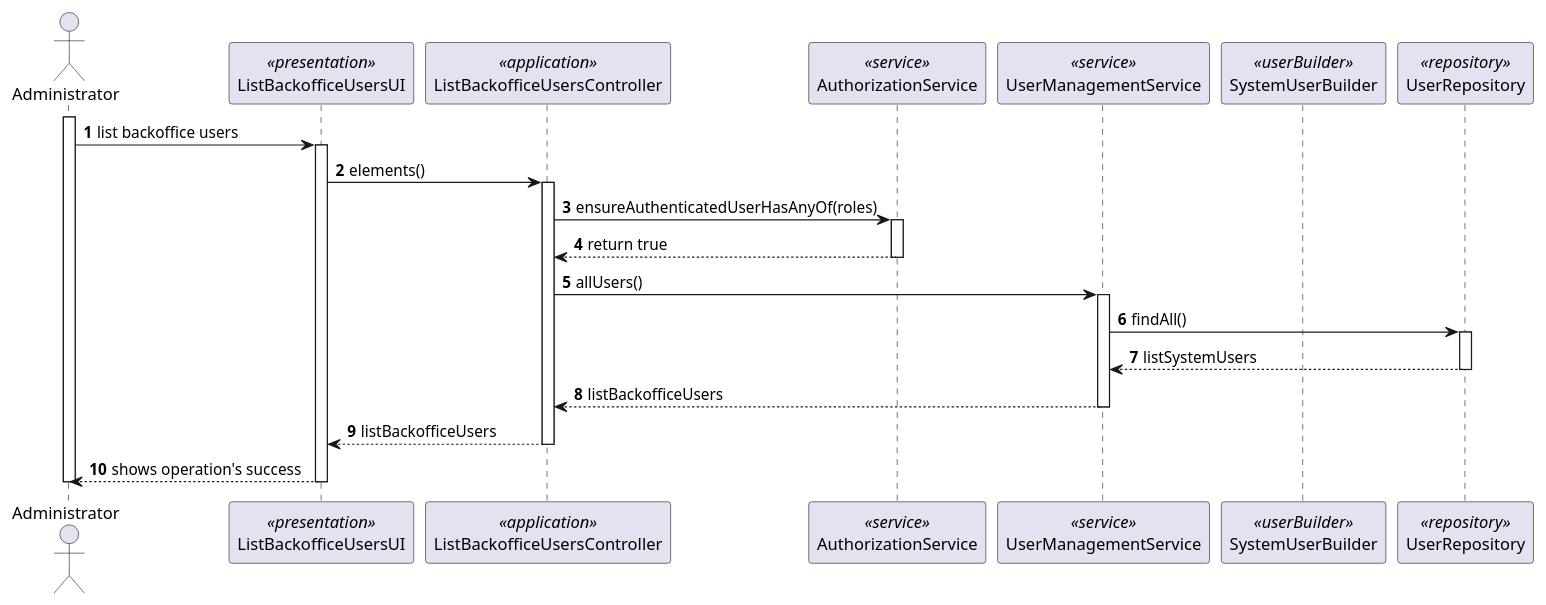
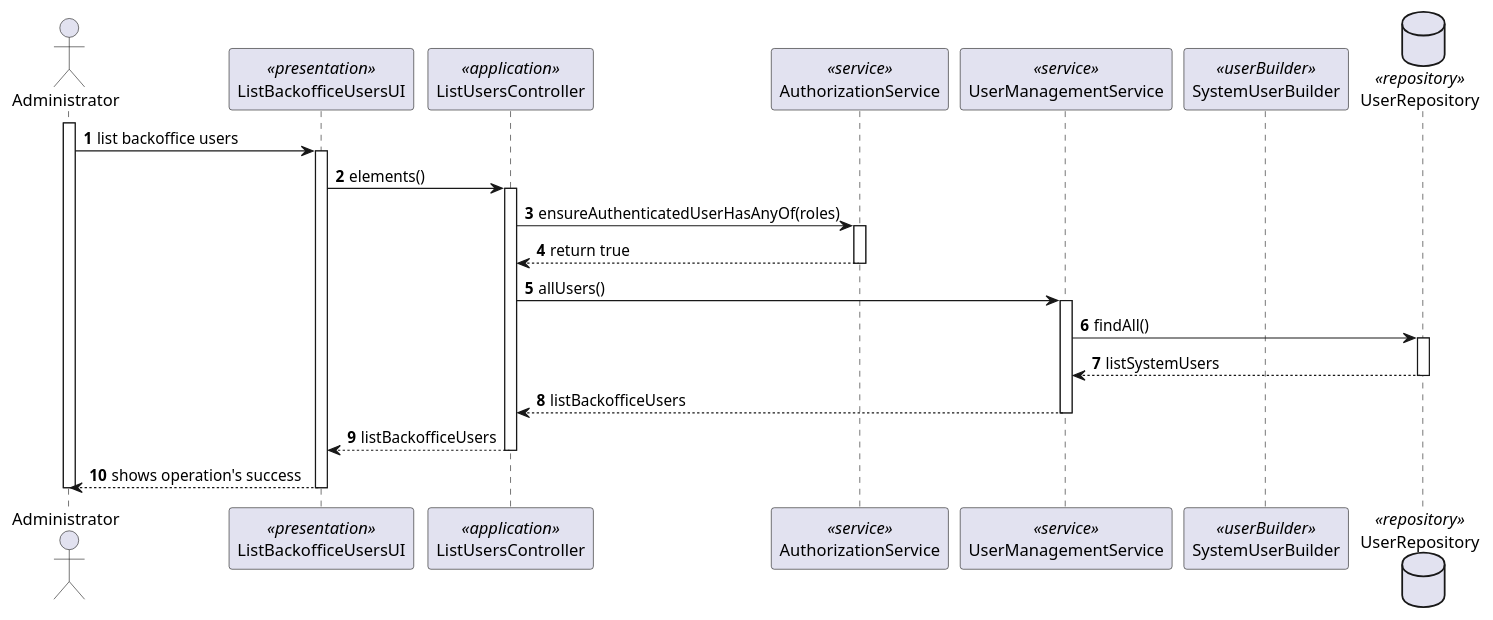
One commit to MiguelCardoso77/LAPR4 changed the diagram in docs/SprintB/1000/1000-sequence-diagram-listBackOfficeUser.puml. Above: the diagram before and after it, drawn with PlantUML. The commit also changed 3 other files, not shown here.

Commit message:
#8 sequence diagram overview

```diff
--- a/docs/SprintB/1000/1000-sequence-diagram-listBackOfficeUser.puml
+++ b/docs/SprintB/1000/1000-sequence-diagram-listBackOfficeUser.puml
@@ -1,59 +1,59 @@
 @startuml
 autonumber
 
 
 actor Administrator
 
 participant ListBackofficeUsersUI <<presentation>>
-participant ListBackofficeUsersController<<application>>
+participant ListUsersController <<application>>
 participant AuthorizationService <<service>>
 participant UserManagementService <<service>>
 participant SystemUserBuilder <<userBuilder>>
-participant UserRepository <<repository>>
+database UserRepository <<repository>>
 
 
 activate Administrator
 
     Administrator -> ListBackofficeUsersUI: list backoffice users
 
         activate ListBackofficeUsersUI
 
-    ListBackofficeUsersUI -> ListBackofficeUsersController: elements()
+    ListBackofficeUsersUI -> ListUsersController: elements()
 
-        activate ListBackofficeUsersController
+        activate ListUsersController
 
-    ListBackofficeUsersController -> AuthorizationService: ensureAuthenticatedUserHasAnyOf(roles)
+    ListUsersController -> AuthorizationService: ensureAuthenticatedUserHasAnyOf(roles)
 
         activate AuthorizationService
 
-    AuthorizationService --> ListBackofficeUsersController: return true
+    AuthorizationService --> ListUsersController: return true
 
         deactivate AuthorizationService
 
-    ListBackofficeUsersController -> UserManagementService: allUsers()
+    ListUsersController -> UserManagementService: allUsers()
 
         activate UserManagementService
 
     UserManagementService -> UserRepository: findAll()
 
         activate UserRepository
 
     UserRepository --> UserManagementService: listSystemUsers
 
         deactivate UserRepository
 
-    UserManagementService --> ListBackofficeUsersController: listBackofficeUsers
+    UserManagementService --> ListUsersController: listBackofficeUsers
 
         deactivate UserManagementService
 
-    ListBackofficeUsersController --> ListBackofficeUsersUI: listBackofficeUsers
+    ListUsersController --> ListBackofficeUsersUI: listBackofficeUsers
 
-        deactivate ListBackofficeUsersController
+        deactivate ListUsersController
 
     ListBackofficeUsersUI --> Administrator : shows operation's success
 
         deactivate ListBackofficeUsersUI
 
         deactivate Administrator
 
 @enduml
```
